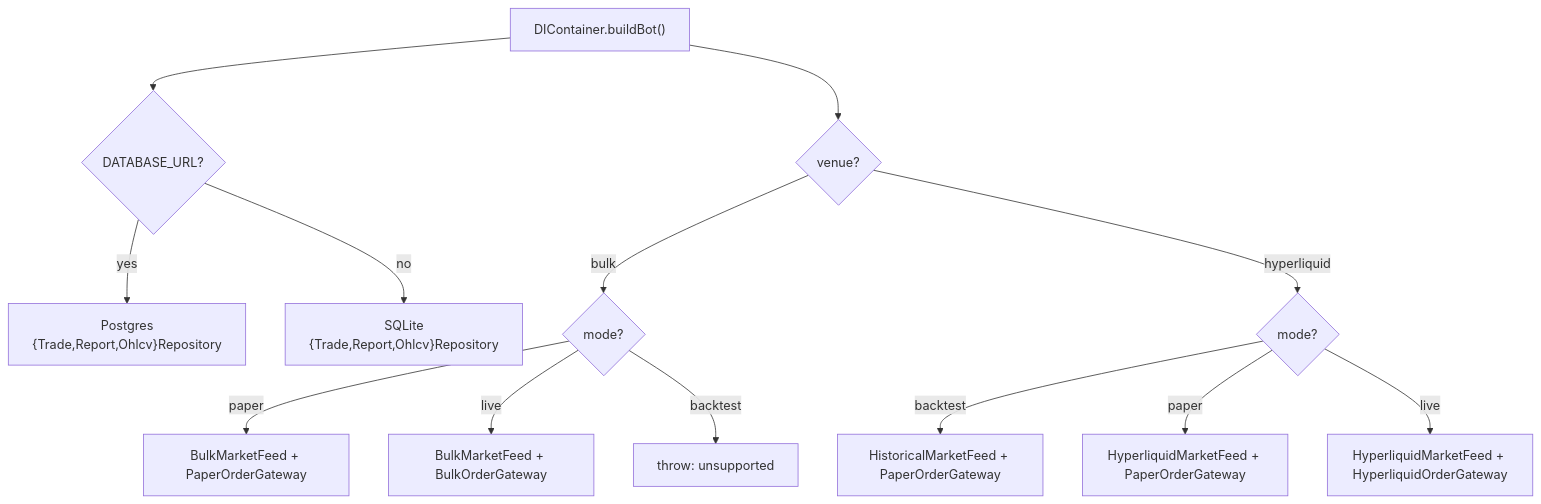
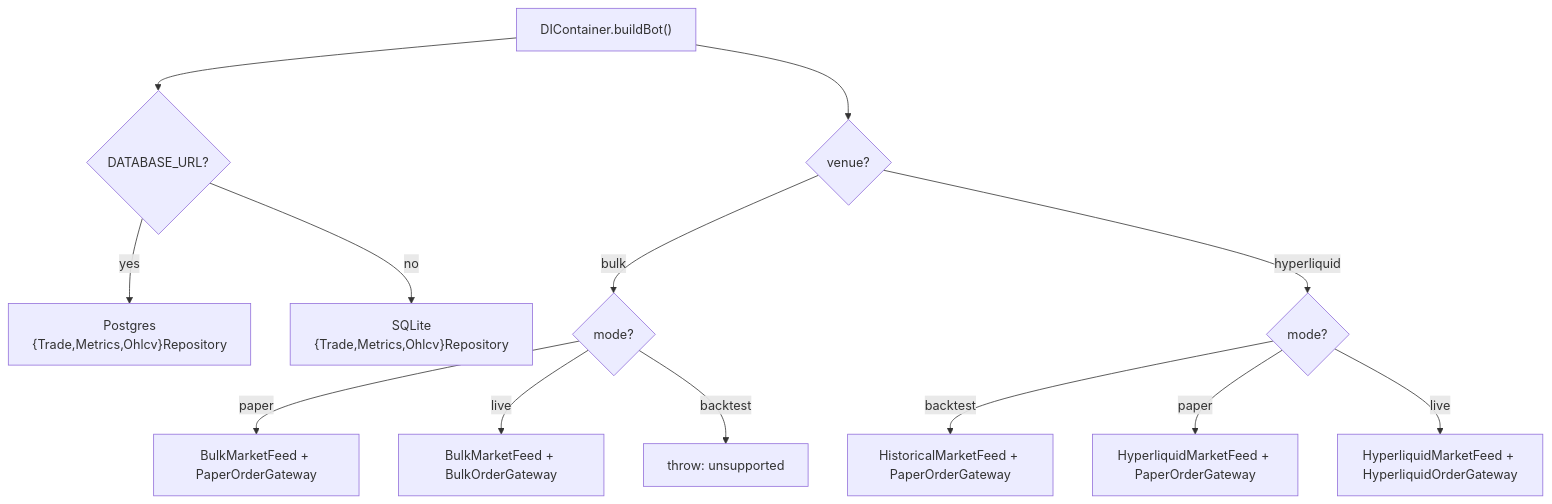
The fourth of 8 diagrams in docs/ARCHITECTURE.md (posaune0423/simple-mm-bot), drawn with Mermaid before and after one commit. The commit also changed other lines of this file and 86 other files, not shown here.

````diff
--- a/docs/ARCHITECTURE.md
+++ b/docs/ARCHITECTURE.md
@@ -214,17 +214,17 @@
 ```mermaid
 flowchart TD
     Start["DIContainer.buildBot()"] --> CR{DATABASE_URL?}
-    CR -- yes --> PG["Postgres\n{Trade,Report,Ohlcv}Repository"]
-    CR -- no  --> SL["SQLite\n{Trade,Report,Ohlcv}Repository"]
+    CR -- yes --> PG["Postgres\n{Trade,Metrics,Ohlcv}Repository"]
+    CR -- no  --> SL["SQLite\n{Trade,Metrics,Ohlcv}Repository"]
 
     Start --> V{venue?}
     V -- bulk --> M1{mode?}
     M1 -- paper --> BP["BulkMarketFeed + PaperOrderGateway"]
     M1 -- live  --> BL["BulkMarketFeed + BulkOrderGateway"]
     M1 -- backtest --> ERR["throw: unsupported"]
 
     V -- hyperliquid --> M2{mode?}
     M2 -- backtest --> HB["HistoricalMarketFeed + PaperOrderGateway"]
     M2 -- paper    --> HP["HyperliquidMarketFeed + PaperOrderGateway"]
     M2 -- live     --> HL["HyperliquidMarketFeed + HyperliquidOrderGateway"]
 ```
````
